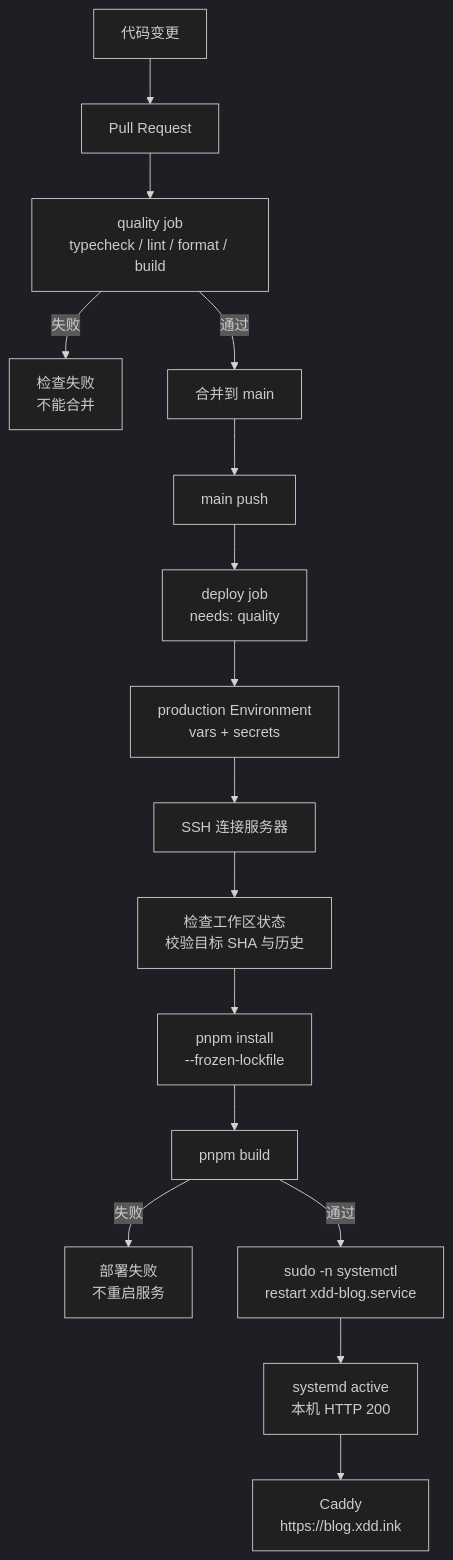
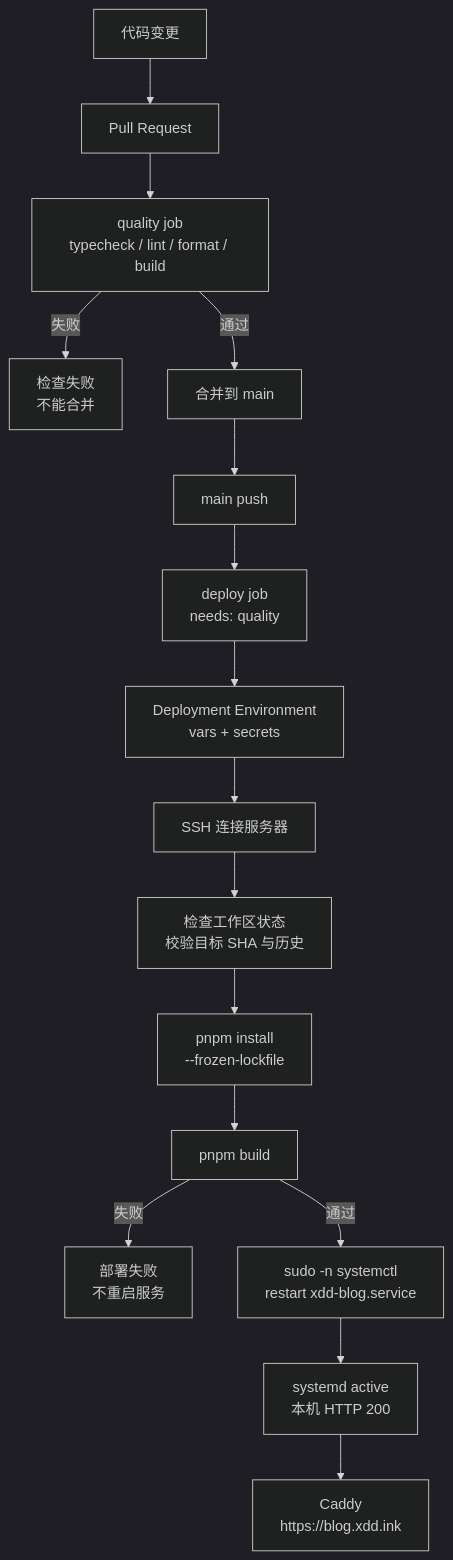
Before and after one commit to xidongdong-153/blog: the diagram in .trellis/tasks/09-04-github-cicd-blog-deploy/design.md, drawn with Mermaid. The commit also changed other lines of this file and 5 other files, not shown here.

````diff
--- a/.trellis/tasks/09-04-github-cicd-blog-deploy/design.md
+++ b/.trellis/tasks/09-04-github-cicd-blog-deploy/design.md
@@ -11,19 +11,19 @@
 ```mermaid
 %%{init: {"theme": "dark"}}%%
 flowchart TD
   Change["代码变更"] --> PR["Pull Request"]
   PR --> Quality["quality job<br/>typecheck / lint / format / build"]
   Quality -->|失败| Block["检查失败<br/>不能合并"]
   Quality -->|通过| Merge["合并到 main"]
   Merge --> Push["main push"]
   Push --> Deploy["deploy job<br/>needs: quality"]
-  Deploy --> Env["production Environment<br/>vars + secrets"]
+  Deploy --> Env["Deployment Environment<br/>vars + secrets"]
   Env --> SSH["SSH 连接服务器"]
   SSH --> Preflight["检查工作区状态<br/>校验目标 SHA 与历史"]
   Preflight --> Install["pnpm install<br/>--frozen-lockfile"]
   Install --> Build["pnpm build"]
   Build -->|失败| Keep["部署失败<br/>不重启服务"]
   Build -->|通过| Restart["sudo -n systemctl<br/>restart xdd-blog.service"]
   Restart --> Health["systemd active<br/>本机 HTTP 200"]
   Health --> Public["Caddy<br/>https://blog.xdd.ink"]
 ```
````
